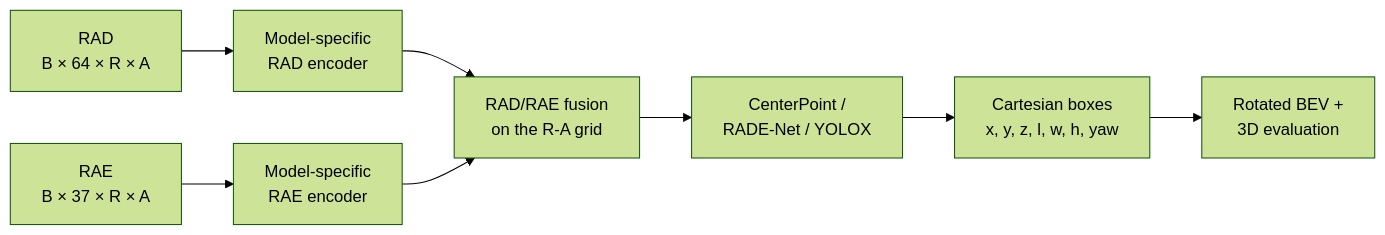
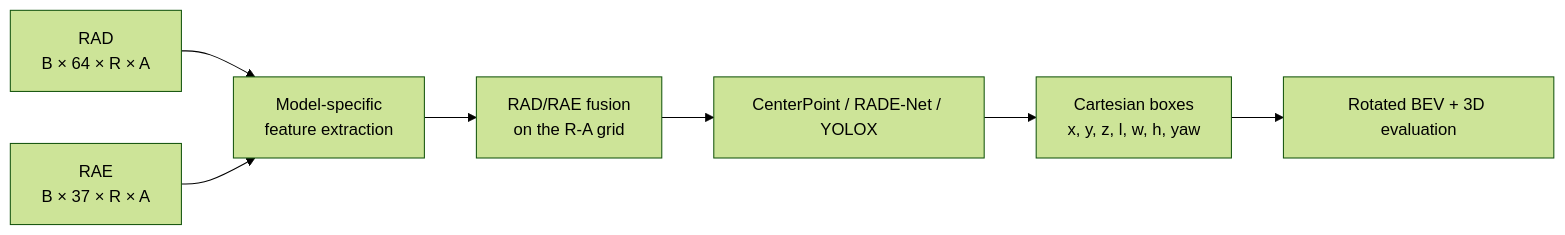
The diagram in README.md (xinyuzhangsofia-gif/new_rad_rae_object_detection), drawn with Mermaid (forest theme) before and after one commit. The commit also changed other lines of this file and 2 other files, not shown here.

````diff
--- a/README.md
+++ b/README.md
@@ -81,10 +62,9 @@
 ```mermaid
 flowchart LR
-    RAD["RAD<br/>B × 64 × R × A"] --> RADENC["Model-specific<br/>RAD encoder"]
-    RAE["RAE<br/>B × 37 × R × A"] --> RAEENC["Model-specific<br/>RAE encoder"]
-    RADENC --> FUSE["RAD/RAE fusion<br/>on the R-A grid"]
-    RAEENC --> FUSE
-    FUSE --> HEAD["CenterPoint /<br/>RADE-Net / YOLOX"]
+    RAD["RAD<br/>B × 64 × R × A"] --> ENC["Model-specific<br/>feature extraction"]
+    RAE["RAE<br/>B × 37 × R × A"] --> ENC
+    ENC --> FUSE["RAD/RAE fusion<br/>on the R-A grid"]
+    FUSE --> HEAD["CenterPoint / RADE-Net / YOLOX"]
     HEAD --> BOX["Cartesian boxes<br/>x, y, z, l, w, h, yaw"]
-    BOX --> METRIC["Rotated BEV +<br/>3D evaluation"]
+    BOX --> METRIC["Rotated BEV + 3D evaluation"]
 ```
````
